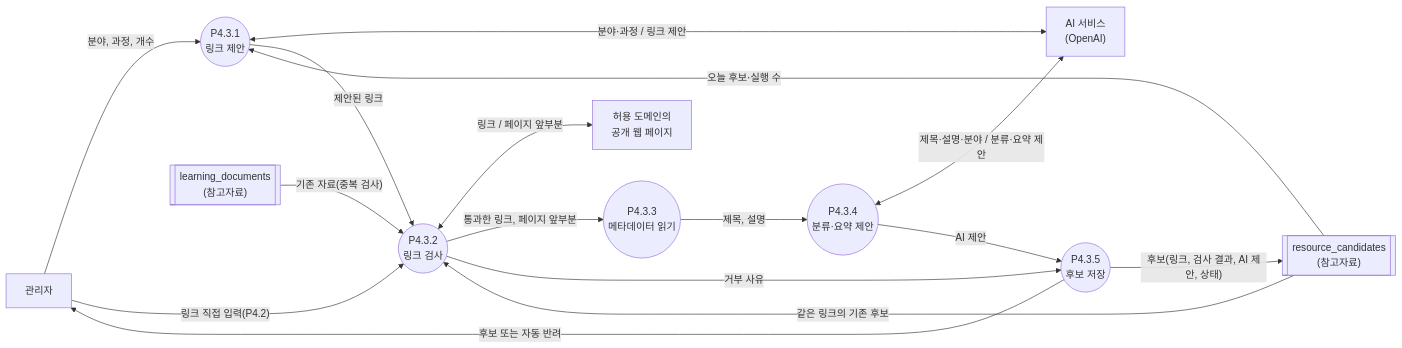
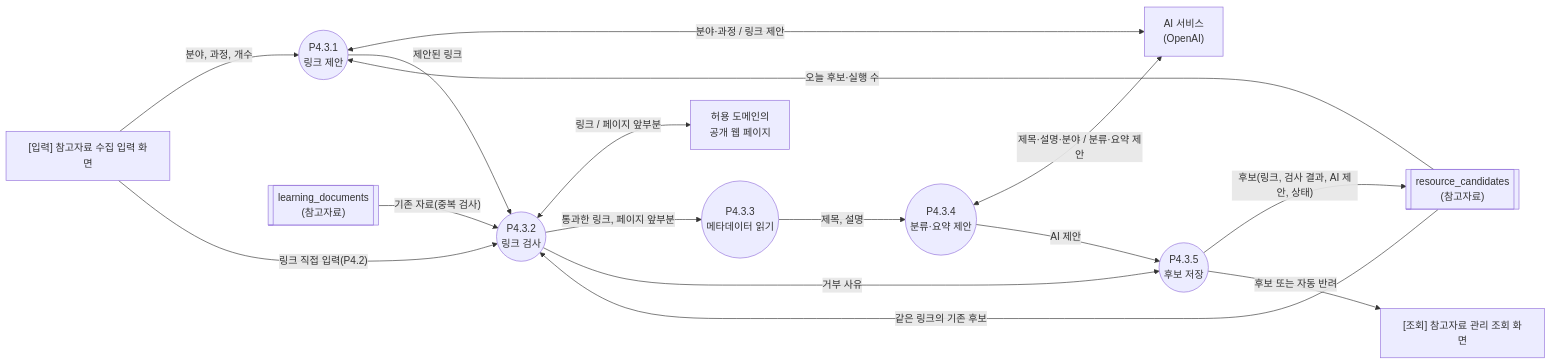
Before and after one commit to yong05610/ai-n-fprj: diagram 11 of 11 in docs/dfd_by_module.md, drawn with Mermaid. The commit also changed other lines of this file and 6 other files, not shown here.

````diff
--- a/docs/dfd_by_module.md
+++ b/docs/dfd_by_module.md
@@ -578,30 +618,31 @@
 ```mermaid
 %%{init: {"flowchart": {"curve": "basis"}}}%%
 flowchart LR
-    AD["관리자"]
+    IC["[입력] 참고자료 수집 입력 화면"]
+    OR["[조회] 참고자료 관리 조회 화면"]
     AIS["AI 서비스<br/>(OpenAI)"]
     WEB["허용 도메인의<br/>공개 웹 페이지"]
     P431(("P4.3.1<br/>링크 제안"))
     P432(("P4.3.2<br/>링크 검사"))
     P433(("P4.3.3<br/>메타데이터 읽기"))
     P434(("P4.3.4<br/>분류·요약 제안"))
     P435(("P4.3.5<br/>후보 저장"))
     DRC[["resource_candidates<br/>(참고자료)"]]
     DLD[["learning_documents<br/>(참고자료)"]]
 
-    AD -->|"분야, 과정, 개수"| P431
+    IC -->|"분야, 과정, 개수"| P431
     DRC -->|"오늘 후보·실행 수"| P431
     P431 <-->|"분야·과정 / 링크 제안"| AIS
     P431 -->|"제안된 링크"| P432
-    AD -->|"링크 직접 입력(P4.2)"| P432
+    IC -->|"링크 직접 입력(P4.2)"| P432
     DRC -->|"같은 링크의 기존 후보"| P432
     DLD -->|"기존 자료(중복 검사)"| P432
     P432 <-->|"링크 / 페이지 앞부분"| WEB
     P432 -->|"통과한 링크, 페이지 앞부분"| P433
     P432 -->|"거부 사유"| P435
     P433 -->|"제목, 설명"| P434
     P434 <-->|"제목·설명·분야 / 분류·요약 제안"| AIS
     P434 -->|"AI 제안"| P435
     P435 -->|"후보(링크, 검사 결과, AI 제안, 상태)"| DRC
-    P435 -->|"후보 또는 자동 반려"| AD
+    P435 -->|"후보 또는 자동 반려"| OR
 ```
````
